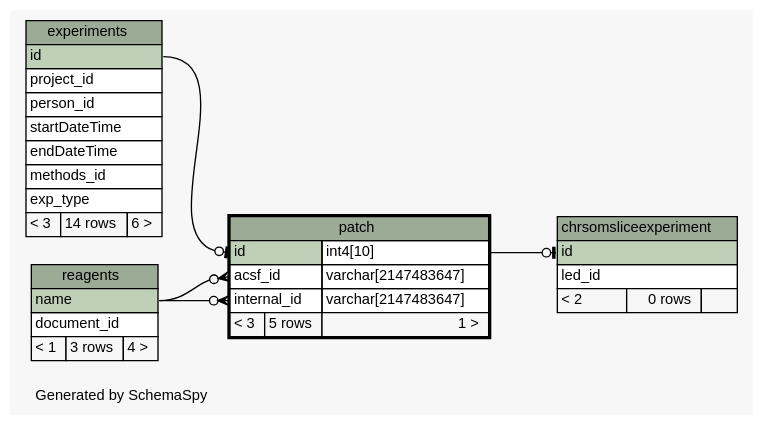
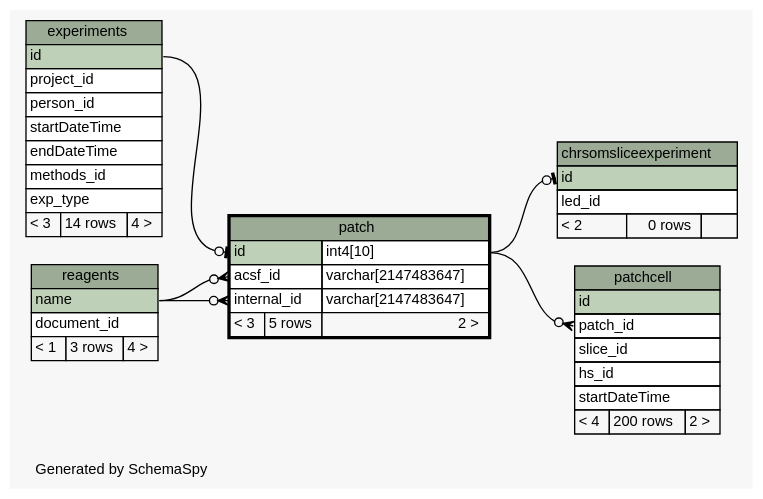
Before and after one commit to tgbugs/mlab: the diagram in database/ss/diagrams/patch.1degree.dot, drawn with Graphviz. The commit also changed 193 other files, not shown here.

```diff
--- a/database/ss/diagrams/patch.1degree.dot
+++ b/database/ss/diagrams/patch.1degree.dot
@@ -1,76 +1,91 @@
 // dot 2.34.0 on Windows 7 6.1
 // SchemaSpy rev 590
 digraph "oneDegreeRelationshipsDiagram" {
   graph [
     rankdir="RL"
     bgcolor="#f7f7f7"
     label="\nGenerated by SchemaSpy"
     labeljust="l"
     nodesep="0.18"
     ranksep="0.46"
     fontname="Helvetica"
     fontsize="11"
   ];
   node [
     fontname="Helvetica"
     fontsize="11"
     shape="plaintext"
   ];
   edge [
     arrowsize="0.8"
   ];
   "chrsomsliceexperiment":"id":w -> "patch":"id.type":e [arrowhead=none dir=back arrowtail=teeodot];
   "patch":"acsf_id":w -> "reagents":"name":e [arrowhead=none dir=back arrowtail=crowodot];
   "patch":"id":w -> "experiments":"id":e [arrowhead=none dir=back arrowtail=teeodot];
   "patch":"internal_id":w -> "reagents":"name":e [arrowhead=none dir=back arrowtail=crowodot];
+  "patchcell":"patch_id":w -> "patch":"id.type":e [arrowhead=none dir=back arrowtail=crowodot];
   "chrsomsliceexperiment" [
     label=<
     <TABLE BORDER="0" CELLBORDER="1" CELLSPACING="0" BGCOLOR="#ffffff">
       <TR><TD COLSPAN="3" BGCOLOR="#9bab96" ALIGN="CENTER">chrsomsliceexperiment</TD></TR>
       <TR><TD PORT="id" COLSPAN="3" BGCOLOR="#bed1b8" ALIGN="LEFT">id</TD></TR>
       <TR><TD PORT="led_id" COLSPAN="3" ALIGN="LEFT">led_id</TD></TR>
       <TR><TD ALIGN="LEFT" BGCOLOR="#f7f7f7">&lt; 2</TD><TD ALIGN="RIGHT" BGCOLOR="#f7f7f7">0 rows</TD><TD ALIGN="RIGHT" BGCOLOR="#f7f7f7">  </TD></TR>
     </TABLE>>
     URL="chrsomsliceexperiment.html"
     tooltip="chrsomsliceexperiment"
   ];
   "experiments" [
     label=<
     <TABLE BORDER="0" CELLBORDER="1" CELLSPACING="0" BGCOLOR="#ffffff">
       <TR><TD COLSPAN="3" BGCOLOR="#9bab96" ALIGN="CENTER">experiments</TD></TR>
       <TR><TD PORT="id" COLSPAN="3" BGCOLOR="#bed1b8" ALIGN="LEFT">id</TD></TR>
       <TR><TD PORT="project_id" COLSPAN="3" ALIGN="LEFT">project_id</TD></TR>
       <TR><TD PORT="person_id" COLSPAN="3" ALIGN="LEFT">person_id</TD></TR>
       <TR><TD PORT="startDateTime" COLSPAN="3" ALIGN="LEFT">startDateTime</TD></TR>
       <TR><TD PORT="endDateTime" COLSPAN="3" ALIGN="LEFT">endDateTime</TD></TR>
       <TR><TD PORT="methods_id" COLSPAN="3" ALIGN="LEFT">methods_id</TD></TR>
       <TR><TD PORT="exp_type" COLSPAN="3" ALIGN="LEFT">exp_type</TD></TR>
-      <TR><TD ALIGN="LEFT" BGCOLOR="#f7f7f7">&lt; 3</TD><TD ALIGN="RIGHT" BGCOLOR="#f7f7f7">14 rows</TD><TD ALIGN="RIGHT" BGCOLOR="#f7f7f7">6 &gt;</TD></TR>
+      <TR><TD ALIGN="LEFT" BGCOLOR="#f7f7f7">&lt; 3</TD><TD ALIGN="RIGHT" BGCOLOR="#f7f7f7">14 rows</TD><TD ALIGN="RIGHT" BGCOLOR="#f7f7f7">4 &gt;</TD></TR>
     </TABLE>>
     URL="experiments.html"
     tooltip="experiments"
   ];
   "patch" [
     label=<
     <TABLE BORDER="2" CELLBORDER="1" CELLSPACING="0" BGCOLOR="#ffffff">
       <TR><TD COLSPAN="3" BGCOLOR="#9bab96" ALIGN="CENTER">patch</TD></TR>
       <TR><TD PORT="id" COLSPAN="2" BGCOLOR="#bed1b8" ALIGN="LEFT">id</TD><TD PORT="id.type" ALIGN="LEFT">int4[10]</TD></TR>
       <TR><TD PORT="acsf_id" COLSPAN="2" ALIGN="LEFT">acsf_id</TD><TD PORT="acsf_id.type" ALIGN="LEFT">varchar[2147483647]</TD></TR>
       <TR><TD PORT="internal_id" COLSPAN="2" ALIGN="LEFT">internal_id</TD><TD PORT="internal_id.type" ALIGN="LEFT">varchar[2147483647]</TD></TR>
-      <TR><TD ALIGN="LEFT" BGCOLOR="#f7f7f7">&lt; 3</TD><TD ALIGN="RIGHT" BGCOLOR="#f7f7f7">5 rows</TD><TD ALIGN="RIGHT" BGCOLOR="#f7f7f7">1 &gt;</TD></TR>
+      <TR><TD ALIGN="LEFT" BGCOLOR="#f7f7f7">&lt; 3</TD><TD ALIGN="RIGHT" BGCOLOR="#f7f7f7">5 rows</TD><TD ALIGN="RIGHT" BGCOLOR="#f7f7f7">2 &gt;</TD></TR>
     </TABLE>>
     URL="patch.html"
     tooltip="patch"
+  ];
+  "patchcell" [
+    label=<
+    <TABLE BORDER="0" CELLBORDER="1" CELLSPACING="0" BGCOLOR="#ffffff">
+      <TR><TD COLSPAN="3" BGCOLOR="#9bab96" ALIGN="CENTER">patchcell</TD></TR>
+      <TR><TD PORT="id" COLSPAN="3" BGCOLOR="#bed1b8" ALIGN="LEFT">id</TD></TR>
+      <TR><TD PORT="patch_id" COLSPAN="3" ALIGN="LEFT">patch_id</TD></TR>
+      <TR><TD PORT="slice_id" COLSPAN="3" ALIGN="LEFT">slice_id</TD></TR>
+      <TR><TD PORT="hs_id" COLSPAN="3" ALIGN="LEFT">hs_id</TD></TR>
+      <TR><TD PORT="startDateTime" COLSPAN="3" ALIGN="LEFT">startDateTime</TD></TR>
+      <TR><TD ALIGN="LEFT" BGCOLOR="#f7f7f7">&lt; 4</TD><TD ALIGN="RIGHT" BGCOLOR="#f7f7f7">200 rows</TD><TD ALIGN="RIGHT" BGCOLOR="#f7f7f7">2 &gt;</TD></TR>
+    </TABLE>>
+    URL="patchcell.html"
+    tooltip="patchcell"
   ];
   "reagents" [
     label=<
     <TABLE BORDER="0" CELLBORDER="1" CELLSPACING="0" BGCOLOR="#ffffff">
       <TR><TD COLSPAN="3" BGCOLOR="#9bab96" ALIGN="CENTER">reagents</TD></TR>
       <TR><TD PORT="name" COLSPAN="3" BGCOLOR="#bed1b8" ALIGN="LEFT">name</TD></TR>
       <TR><TD PORT="document_id" COLSPAN="3" ALIGN="LEFT">document_id</TD></TR>
       <TR><TD ALIGN="LEFT" BGCOLOR="#f7f7f7">&lt; 1</TD><TD ALIGN="RIGHT" BGCOLOR="#f7f7f7">3 rows</TD><TD ALIGN="RIGHT" BGCOLOR="#f7f7f7">4 &gt;</TD></TR>
     </TABLE>>
     URL="reagents.html"
     tooltip="reagents"
   ];
 }
```
